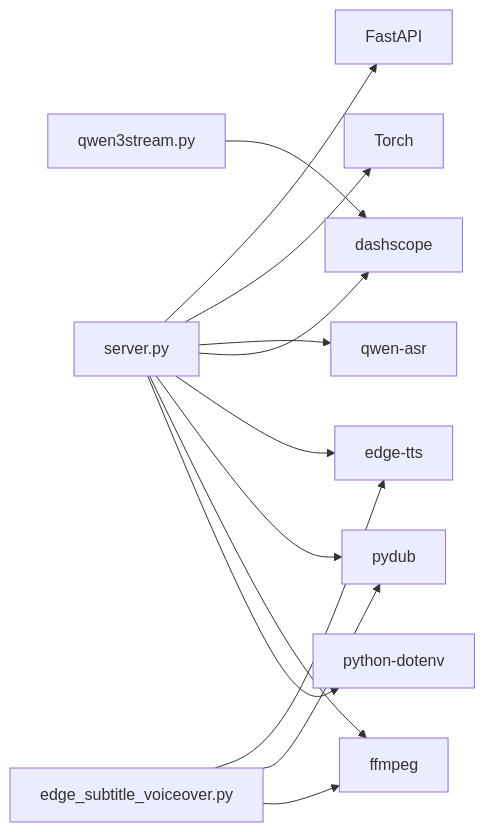
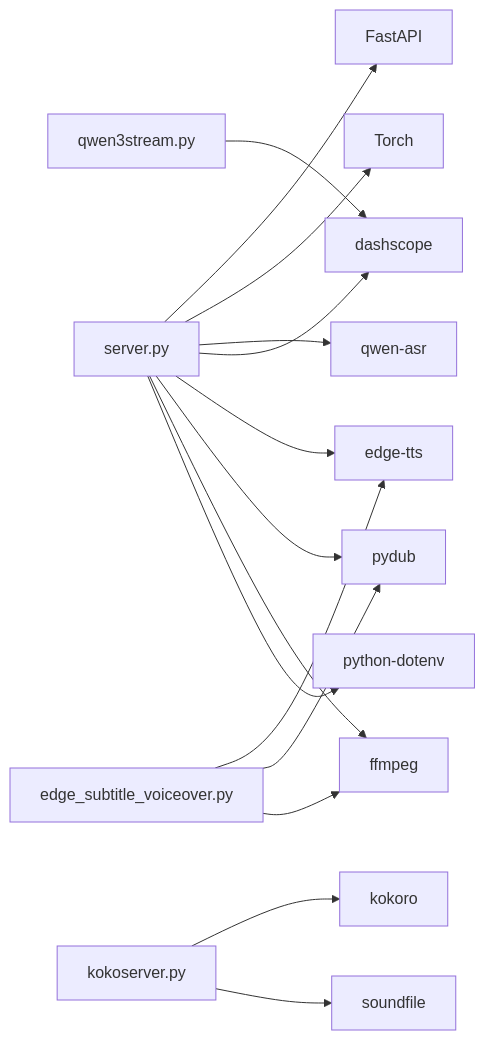
The fifth of 5 diagrams in .qoder/repowiki/zh/content/后端服务架构/API端点设计.md (1024dashen/Vue3Speech), drawn with Mermaid before and after one commit. The commit also changed other lines of this file and 9 other files, not shown here.

````diff
--- a/.qoder/repowiki/zh/content/后端服务架构/API端点设计.md
+++ b/.qoder/repowiki/zh/content/后端服务架构/API端点设计.md
@@ -363,15 +448,17 @@
 ```mermaid
 graph LR
 S["server.py"] --> F["FastAPI"]
 S --> T["Torch"]
 S --> QA["qwen-asr"]
 S --> DS["dashscope"]
 S --> ET["edge-tts"]
 S --> PD["pydub"]
 S --> FF["ffmpeg"]
 S --> DV["python-dotenv"]
 E["edge_subtitle_voiceover.py"] --> ET
 E --> PD
 E --> FF
 Q["qwen3stream.py"] --> DS
+K["kokoserver.py"] --> KM["kokoro"]
+K --> SF["soundfile"]
 ```
````
